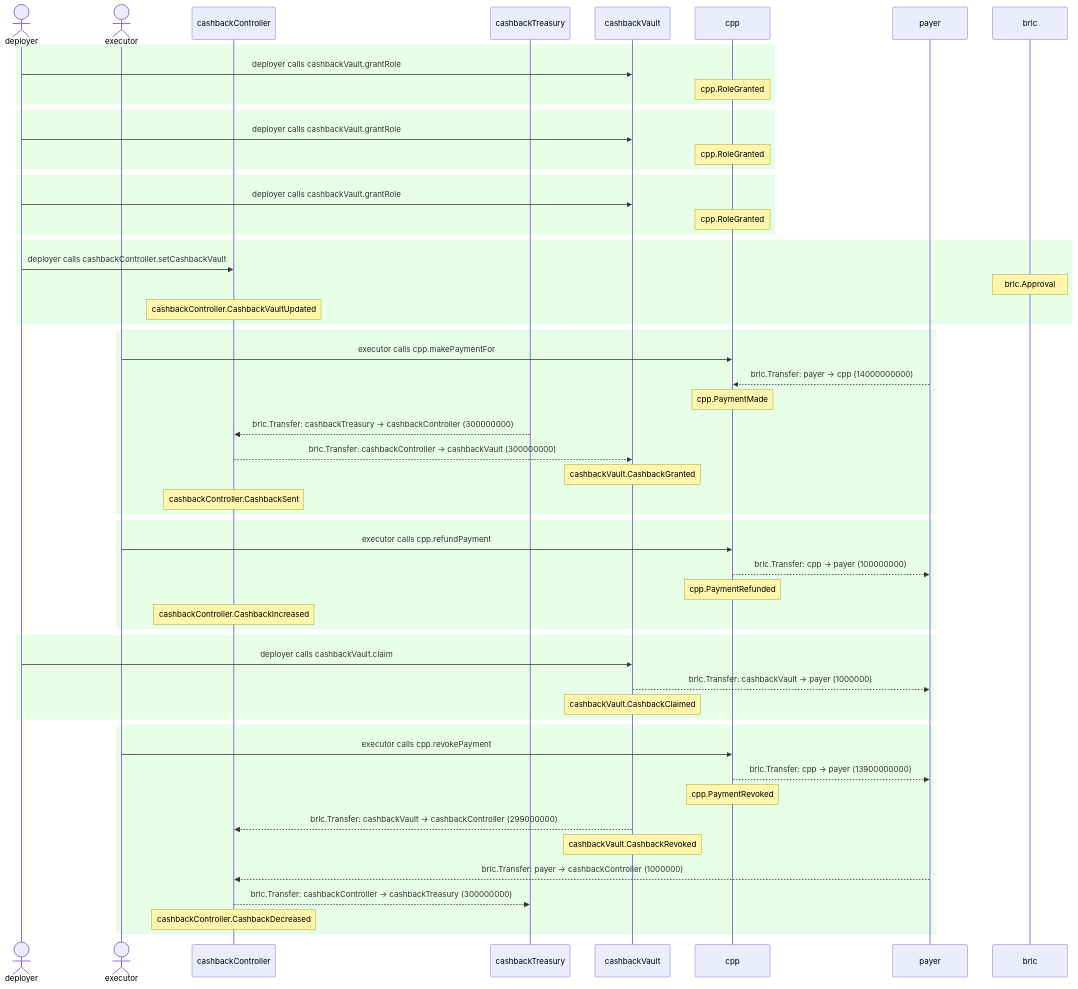
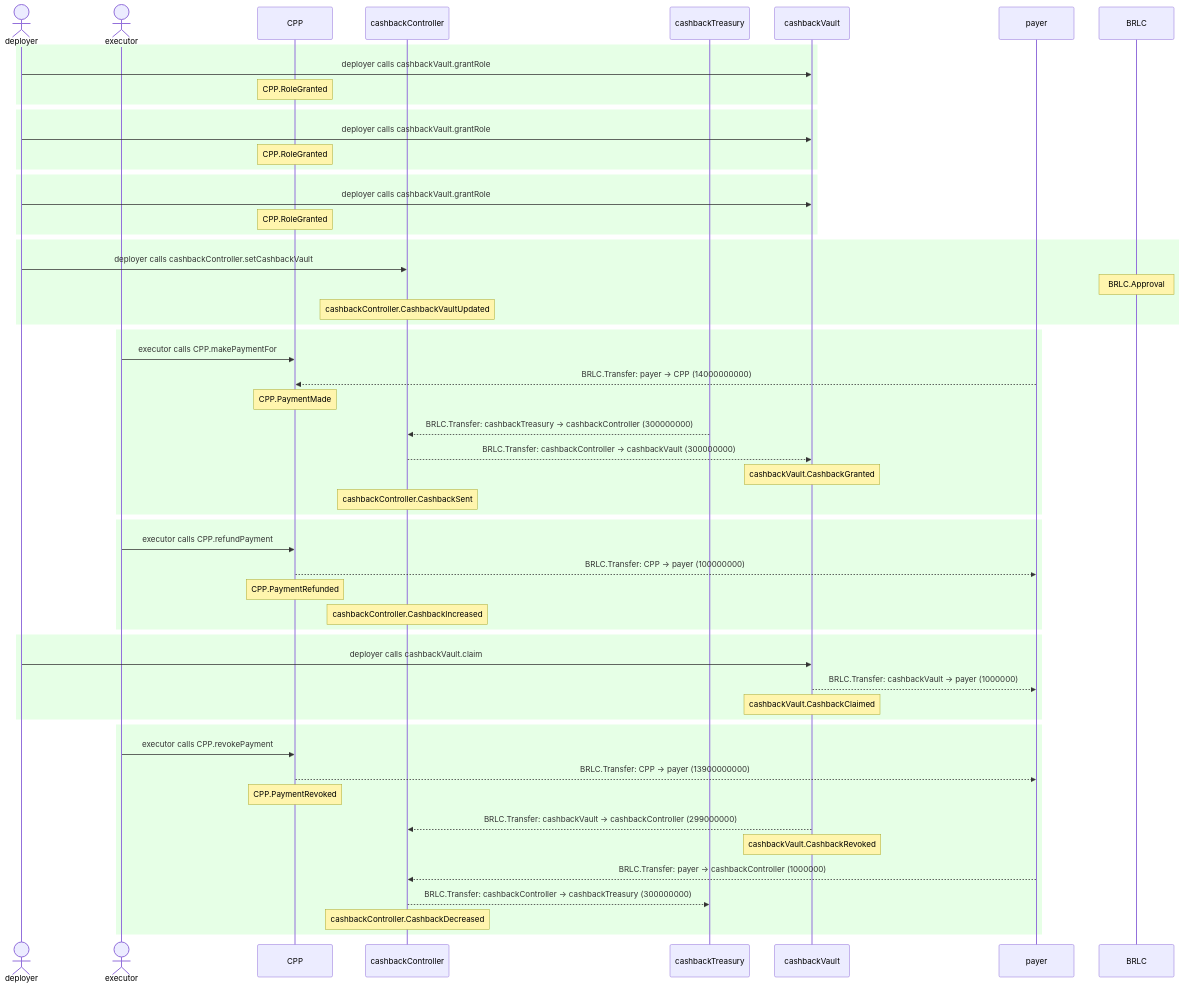
One commit to cloudwalk/brlc-card-payment-processor-v2 changed the diagram in test/__snapshots__humans__/CardPaymentProcessor.test.md. Above: the diagram before and after it, drawn with Mermaid. The commit also changed other lines of this file and 5 other files, not shown here.

````diff
--- a/test/__snapshots__humans__/CardPaymentProcessor.test.md
+++ b/test/__snapshots__humans__/CardPaymentProcessor.test.md
@@ -16,57 +16,57 @@
 ```mermaid
 sequenceDiagram
   actor deployer
   actor executor
+  participant CPP
   participant cashbackController
   participant cashbackTreasury
   participant cashbackVault
-  participant cpp
   participant payer
   rect rgb(230,255,230)
     deployer->>cashbackVault: deployer calls cashbackVault.grantRole
-    Note over cpp: cpp.RoleGranted
+    Note over CPP: CPP.RoleGranted
   end
   rect rgb(230,255,230)
     deployer->>cashbackVault: deployer calls cashbackVault.grantRole
-    Note over cpp: cpp.RoleGranted
+    Note over CPP: CPP.RoleGranted
   end
   rect rgb(230,255,230)
     deployer->>cashbackVault: deployer calls cashbackVault.grantRole
-    Note over cpp: cpp.RoleGranted
+    Note over CPP: CPP.RoleGranted
   end
   rect rgb(230,255,230)
     deployer->>cashbackController: deployer calls cashbackController.setCashbackVault
-    Note over brlc: brlc.Approval
+    Note over BRLC: BRLC.Approval
     Note over cashbackController: cashbackController.CashbackVaultUpdated
   end
   rect rgb(230,255,230)
-    executor->>cpp: executor calls cpp.makePaymentFor
-    payer-->>cpp: brlc.Transfer: payer -> cpp (14000000000)
-    Note over cpp: cpp.PaymentMade
-    cashbackTreasury-->>cashbackController: brlc.Transfer: cashbackTreasury -> cashbackController (300000000)
-    cashbackController-->>cashbackVault: brlc.Transfer: cashbackController -> cashbackVault (300000000)
+    executor->>CPP: executor calls CPP.makePaymentFor
+    payer-->>CPP: BRLC.Transfer: payer -> CPP (14000000000)
+    Note over CPP: CPP.PaymentMade
+    cashbackTreasury-->>cashbackController: BRLC.Transfer: cashbackTreasury -> cashbackController (300000000)
+    cashbackController-->>cashbackVault: BRLC.Transfer: cashbackController -> cashbackVault (300000000)
     Note over cashbackVault: cashbackVault.CashbackGranted
     Note over cashbackController: cashbackController.CashbackSent
   end
   rect rgb(230,255,230)
-    executor->>cpp: executor calls cpp.refundPayment
-    cpp-->>payer: brlc.Transfer: cpp -> payer (100000000)
-    Note over cpp: cpp.PaymentRefunded
+    executor->>CPP: executor calls CPP.refundPayment
+    CPP-->>payer: BRLC.Transfer: CPP -> payer (100000000)
+    Note over CPP: CPP.PaymentRefunded
     Note over cashbackController: cashbackController.CashbackIncreased
   end
   rect rgb(230,255,230)
     deployer->>cashbackVault: deployer calls cashbackVault.claim
-    cashbackVault-->>payer: brlc.Transfer: cashbackVault -> payer (1000000)
+    cashbackVault-->>payer: BRLC.Transfer: cashbackVault -> payer (1000000)
     Note over cashbackVault: cashbackVault.CashbackClaimed
   end
   rect rgb(230,255,230)
-    executor->>cpp: executor calls cpp.revokePayment
-    cpp-->>payer: brlc.Transfer: cpp -> payer (13900000000)
-    Note over cpp: cpp.PaymentRevoked
-    cashbackVault-->>cashbackController: brlc.Transfer: cashbackVault -> cashbackController (299000000)
+    executor->>CPP: executor calls CPP.revokePayment
+    CPP-->>payer: BRLC.Transfer: CPP -> payer (13900000000)
+    Note over CPP: CPP.PaymentRevoked
+    cashbackVault-->>cashbackController: BRLC.Transfer: cashbackVault -> cashbackController (299000000)
     Note over cashbackVault: cashbackVault.CashbackRevoked
-    payer-->>cashbackController: brlc.Transfer: payer -> cashbackController (1000000)
-    cashbackController-->>cashbackTreasury: brlc.Transfer: cashbackController -> cashbackTreasury (300000000)
+    payer-->>cashbackController: BRLC.Transfer: payer -> cashbackController (1000000)
+    cashbackController-->>cashbackTreasury: BRLC.Transfer: cashbackController -> cashbackTreasury (300000000)
     Note over cashbackController: cashbackController.CashbackDecreased
   end
 ```
````
